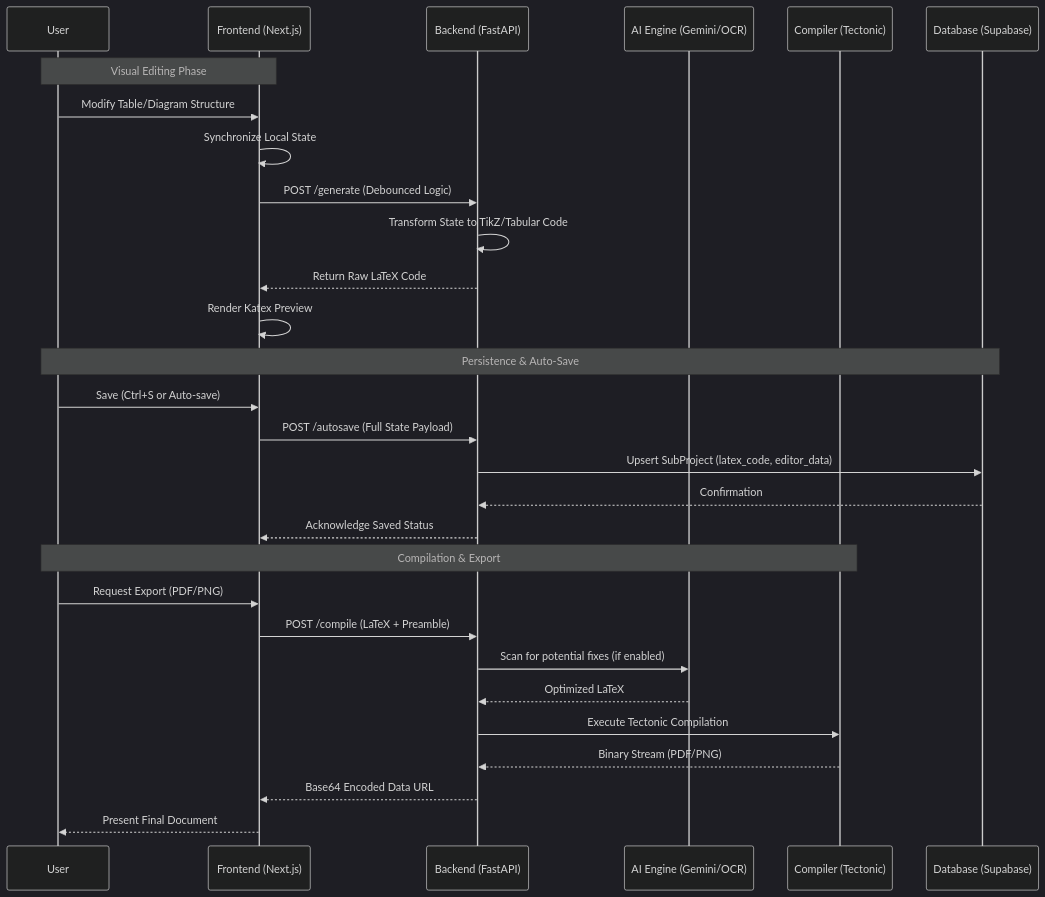
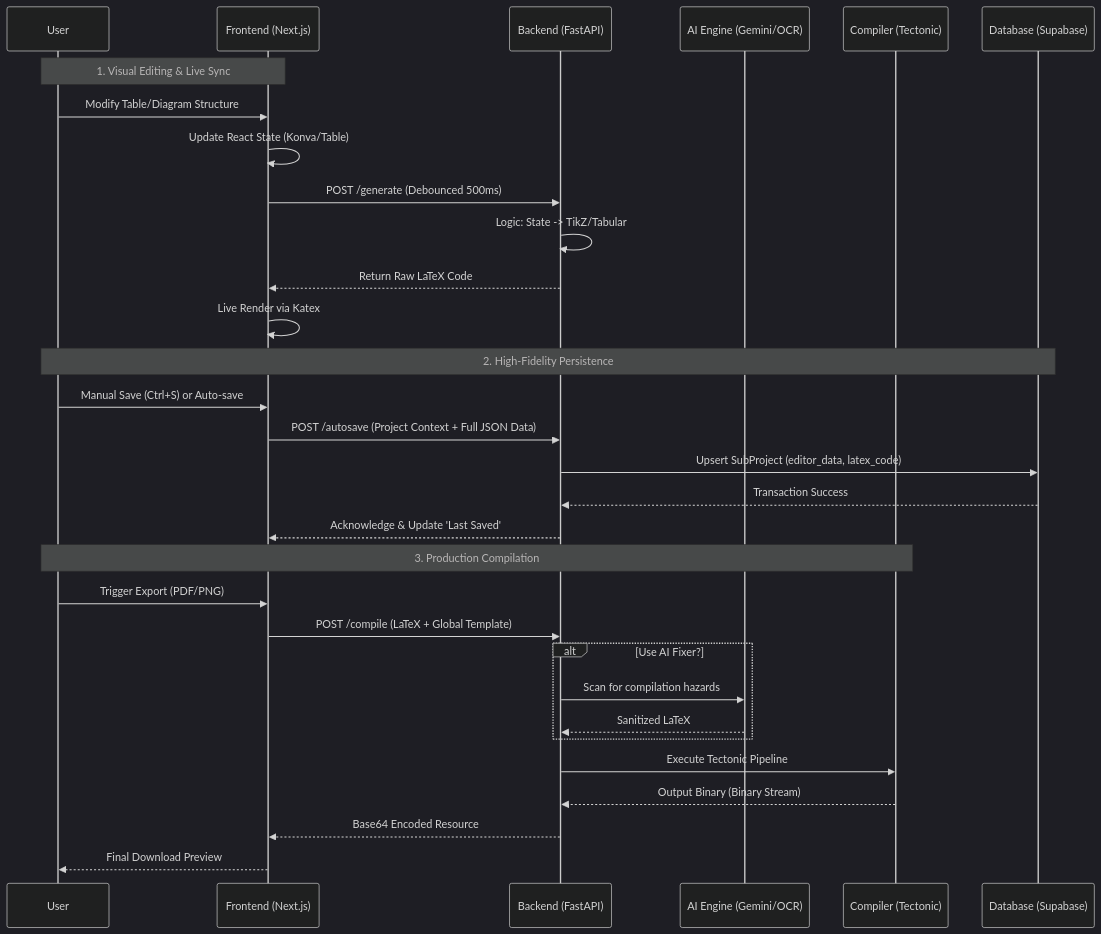
The second of 2 diagrams in README.md (Mehedi26696/Tizkit), drawn with Mermaid (dark theme) before and after one commit. The commit also changed other lines of this file, not shown here.

````diff
--- a/README.md
+++ b/README.md
@@ -42,34 +42,36 @@
 ```mermaid
 sequenceDiagram
     participant U as User
     participant F as Frontend (Next.js)
     participant B as Backend (FastAPI)
     participant AI as AI Engine (Gemini/OCR)
     participant C as Compiler (Tectonic)
     participant D as Database (Supabase)
 
-    Note over U,F: Visual Editing Phase
+    Note over U,F: 1. Visual Editing & Live Sync
     U->>F: Modify Table/Diagram Structure
-    F->>F: Synchronize Local State
-    F->>B: POST /generate (Debounced Logic)
-    B->>B: Transform State to TikZ/Tabular Code
+    F->>F: Update React State (Konva/Table)
+    F->>B: POST /generate (Debounced 500ms)
+    B->>B: Logic: State -> TikZ/Tabular
     B-->>F: Return Raw LaTeX Code
-    F->>F: Render Katex Preview
+    F->>F: Live Render via Katex
 
-    Note over U,D: Persistence & Auto-Save
-    U->>F: Save (Ctrl+S or Auto-save)
-    F->>B: POST /autosave (Full State Payload)
-    B->>D: Upsert SubProject (latex_code, editor_data)
-    D-->>B: Confirmation
-    B-->>F: Acknowledge Saved Status
+    Note over U,D: 2. High-Fidelity Persistence
+    U->>F: Manual Save (Ctrl+S) or Auto-save
+    F->>B: POST /autosave (Project Context + Full JSON Data)
+    B->>D: Upsert SubProject (editor_data, latex_code)
+    D-->>B: Transaction Success
+    B-->>F: Acknowledge & Update 'Last Saved'
 
-    Note over U,C: Compilation & Export
-    U->>F: Request Export (PDF/PNG)
-    F->>B: POST /compile (LaTeX + Preamble)
-    B->>AI: Scan for potential fixes (if enabled)
-    AI-->>B: Optimized LaTeX
-    B->>C: Execute Tectonic Compilation
-    C-->>B: Binary Stream (PDF/PNG)
-    B-->>F: Base64 Encoded Data URL
-    F-->>U: Present Final Document
+    Note over U,C: 3. Production Compilation
+    U->>F: Trigger Export (PDF/PNG)
+    F->>B: POST /compile (LaTeX + Global Template)
+    alt Use AI Fixer?
+        B->>AI: Scan for compilation hazards
+        AI-->>B: Sanitized LaTeX
+    end
+    B->>C: Execute Tectonic Pipeline
+    C-->>B: Output Binary (Binary Stream)
+    B-->>F: Base64 Encoded Resource
+    F-->>U: Final Download Preview
 ```
````
